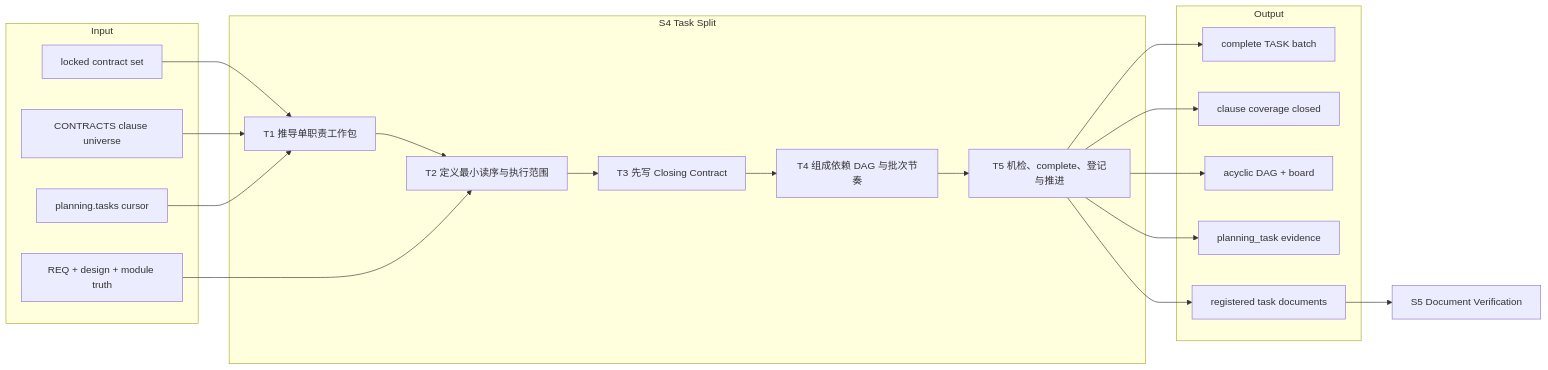
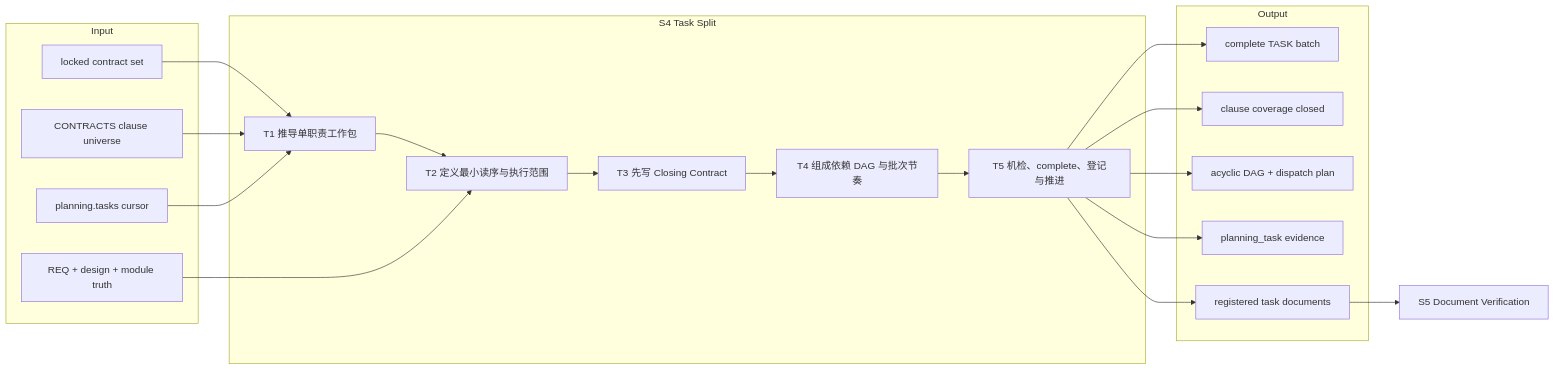
Before and after one commit to Sebs-Lee/go-system-builder: the first of 2 diagrams in blueprint/L3-S4-task-split.md, drawn with Mermaid. The commit also changed other lines of this file and 223 other files, not shown here.

````diff
--- a/blueprint/L3-S4-task-split.md
+++ b/blueprint/L3-S4-task-split.md
@@ -33,35 +33,35 @@
 ```mermaid
 flowchart LR
     subgraph INPUT["Input"]
         I1["locked contract set"]
         I2["CONTRACTS clause universe"]
         I3["REQ + design + module truth"]
         I4["planning.tasks cursor"]
     end
 
     subgraph S4["S4 Task Split"]
         T1["T1 推导单职责工作包"] --> T2["T2 定义最小读序与执行范围"]
         T2 --> T3["T3 先写 Closing Contract"]
         T3 --> T4["T4 组成依赖 DAG 与批次节奏"]
         T4 --> T5["T5 机检、complete、登记与推进"]
     end
 
     subgraph OUTPUT["Output"]
         O1["complete TASK batch"]
         O2["clause coverage closed"]
-        O3["acyclic DAG + board"]
+        O3["acyclic DAG + dispatch plan"]
         O4["planning_task evidence"]
         O5["registered task documents"]
     end
 
     I1 --> T1
     I2 --> T1
     I3 --> T2
     I4 --> T1
     T5 --> O1
     T5 --> O2
     T5 --> O3
     T5 --> O4
     T5 --> O5
     O5 --> NEXT["S5 Document Verification"]
 ```
````
